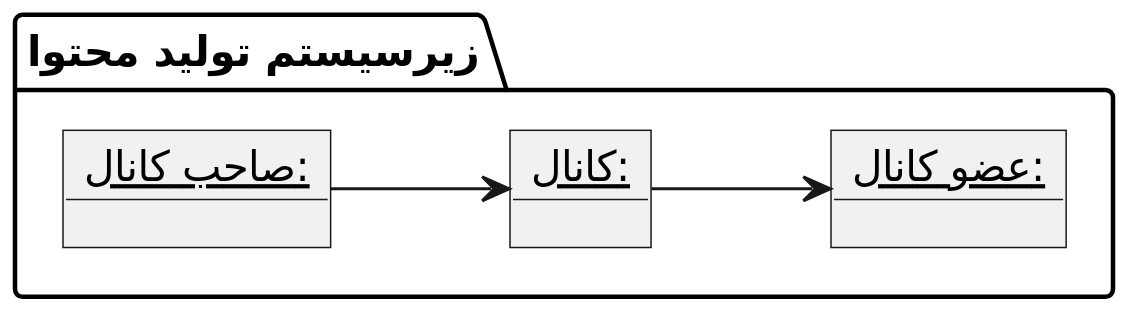
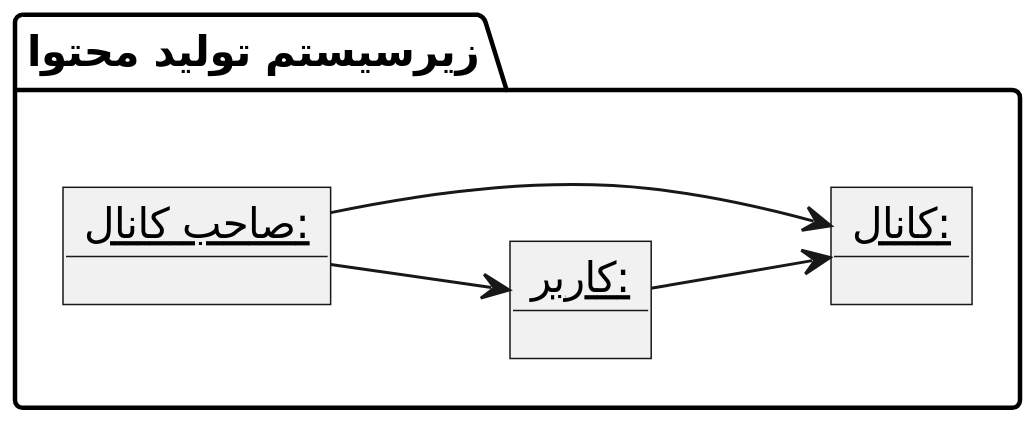
One commit to soleyman79/Qasedak changed the diagram in Diagrams/Object/CreateContentSubsystem/ChooseManager.puml. Above: the diagram before and after it, drawn with PlantUML.

Commit message:
Update choose manager

```diff
--- a/Diagrams/Object/CreateContentSubsystem/ChooseManager.puml
+++ b/Diagrams/Object/CreateContentSubsystem/ChooseManager.puml
@@ -1,16 +1,17 @@
 @startuml choose_manager
 
 scale 2
 left to right direction
 skinparam DefaultFontName B Nazanin
 
 package "زیرسیستم تولید محتوا" {
     object "__صاحب کانال:__" as owner
+    object "__کاربر:__" as user
     object "__کانال:__" as chanel
-    object "__عضو کانال:__" as member
 
+    owner --> user
+    user --> chanel
     owner --> chanel
-    chanel --> member
 }
 
 @enduml
```
